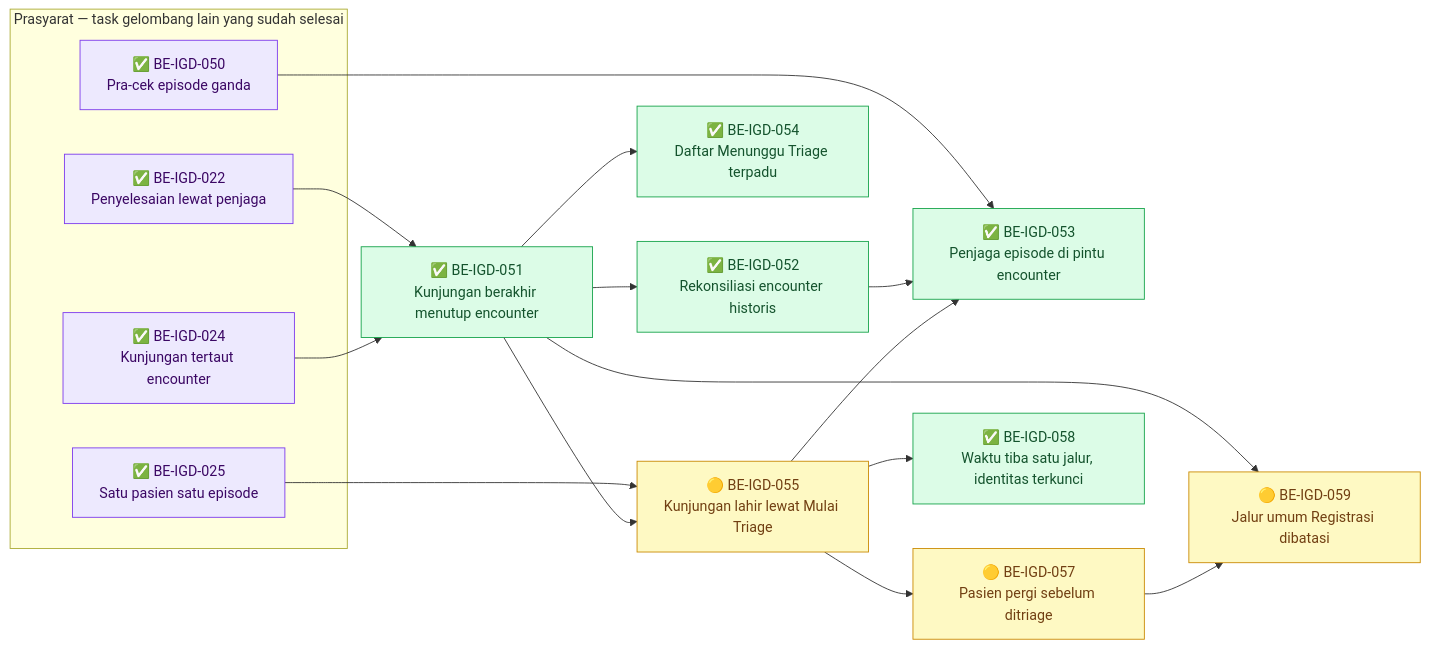
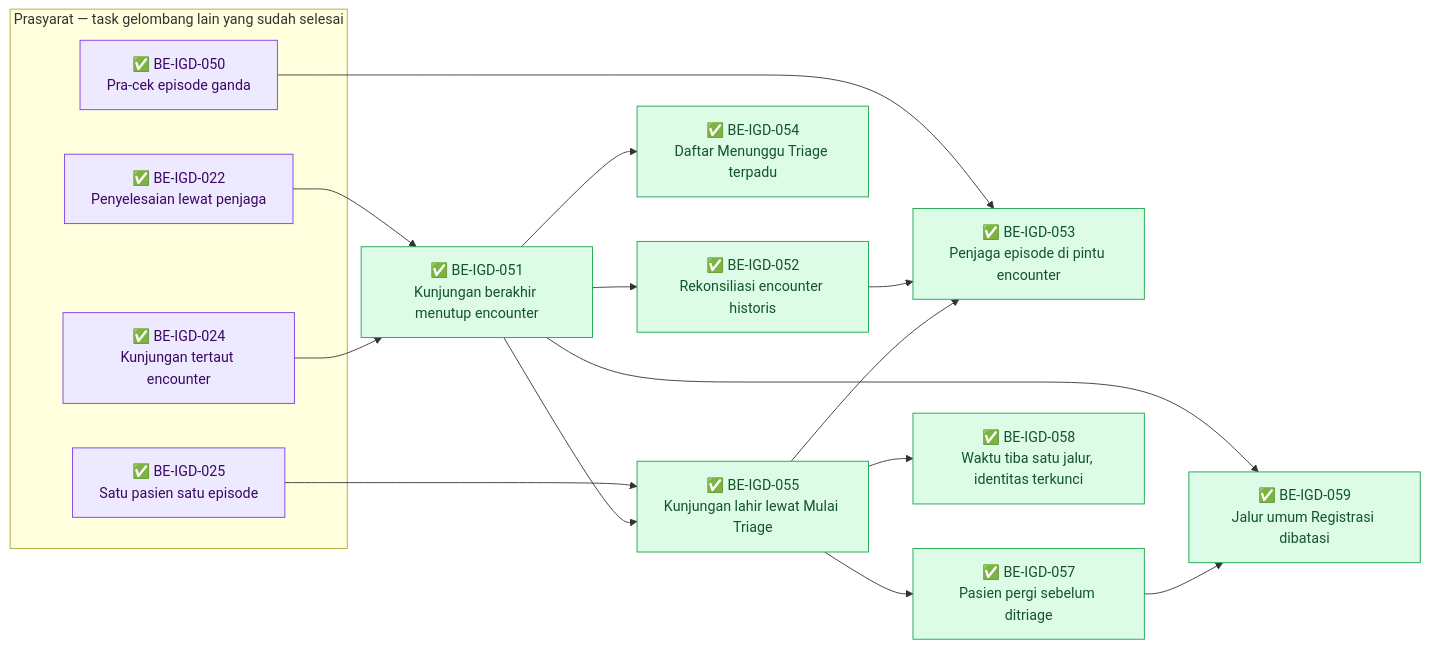
The tenth of 12 diagrams in docs/module-blueprints/igd/roadmap/backend-roadmap.md (DevBenari/NewQuilvianSystemBackend), drawn with Mermaid before and after one commit. The commit also changed other lines of this file and 16 other files, not shown here.

````diff
--- a/docs/module-blueprints/igd/roadmap/backend-roadmap.md
+++ b/docs/module-blueprints/igd/roadmap/backend-roadmap.md
@@ -1987,38 +1987,38 @@
 ```mermaid
 flowchart LR
     classDef selesai fill:#DCFCE7,stroke:#16A34A,color:#14532D
     classDef sebagian fill:#FEF9C3,stroke:#CA8A04,color:#713F12
     classDef terblokir fill:#FEE2E2,stroke:#DC2626,color:#7F1D1D
     classDef belum fill:#F1F5F9,stroke:#64748B,color:#0F172A
     classDef luar fill:#EDE9FE,stroke:#7C3AED,color:#3B0764
 
     subgraph prasyarat["Prasyarat — task gelombang lain yang sudah selesai"]
         BEIGD022["✅ BE-IGD-022<br/>Penyelesaian lewat penjaga"]:::luar
         BEIGD024["✅ BE-IGD-024<br/>Kunjungan tertaut encounter"]:::luar
         BEIGD025["✅ BE-IGD-025<br/>Satu pasien satu episode"]:::luar
         BEIGD050["✅ BE-IGD-050<br/>Pra-cek episode ganda"]:::luar
     end
 
     BEIGD051["✅ BE-IGD-051<br/>Kunjungan berakhir menutup encounter"]:::selesai
     BEIGD052["✅ BE-IGD-052<br/>Rekonsiliasi encounter historis"]:::selesai
     BEIGD054["✅ BE-IGD-054<br/>Daftar Menunggu Triage terpadu"]:::selesai
-    BEIGD055["🟡 BE-IGD-055<br/>Kunjungan lahir lewat Mulai Triage"]:::sebagian
+    BEIGD055["✅ BE-IGD-055<br/>Kunjungan lahir lewat Mulai Triage"]:::selesai
     BEIGD053["✅ BE-IGD-053<br/>Penjaga episode di pintu encounter"]:::selesai
-    BEIGD057["🟡 BE-IGD-057<br/>Pasien pergi sebelum ditriage"]:::sebagian
+    BEIGD057["✅ BE-IGD-057<br/>Pasien pergi sebelum ditriage"]:::selesai
     BEIGD058["✅ BE-IGD-058<br/>Waktu tiba satu jalur, identitas terkunci"]:::selesai
-    BEIGD059["🟡 BE-IGD-059<br/>Jalur umum Registrasi dibatasi"]:::sebagian
+    BEIGD059["✅ BE-IGD-059<br/>Jalur umum Registrasi dibatasi"]:::selesai
 
     BEIGD022 --> BEIGD051
     BEIGD024 --> BEIGD051
     BEIGD051 --> BEIGD052
     BEIGD051 --> BEIGD054
     BEIGD025 --> BEIGD055
     BEIGD051 --> BEIGD055
     BEIGD050 --> BEIGD053
     BEIGD052 --> BEIGD053
     BEIGD055 --> BEIGD053
     BEIGD055 --> BEIGD057
     BEIGD055 --> BEIGD058
     BEIGD051 --> BEIGD059
     BEIGD057 --> BEIGD059
 ```
````
